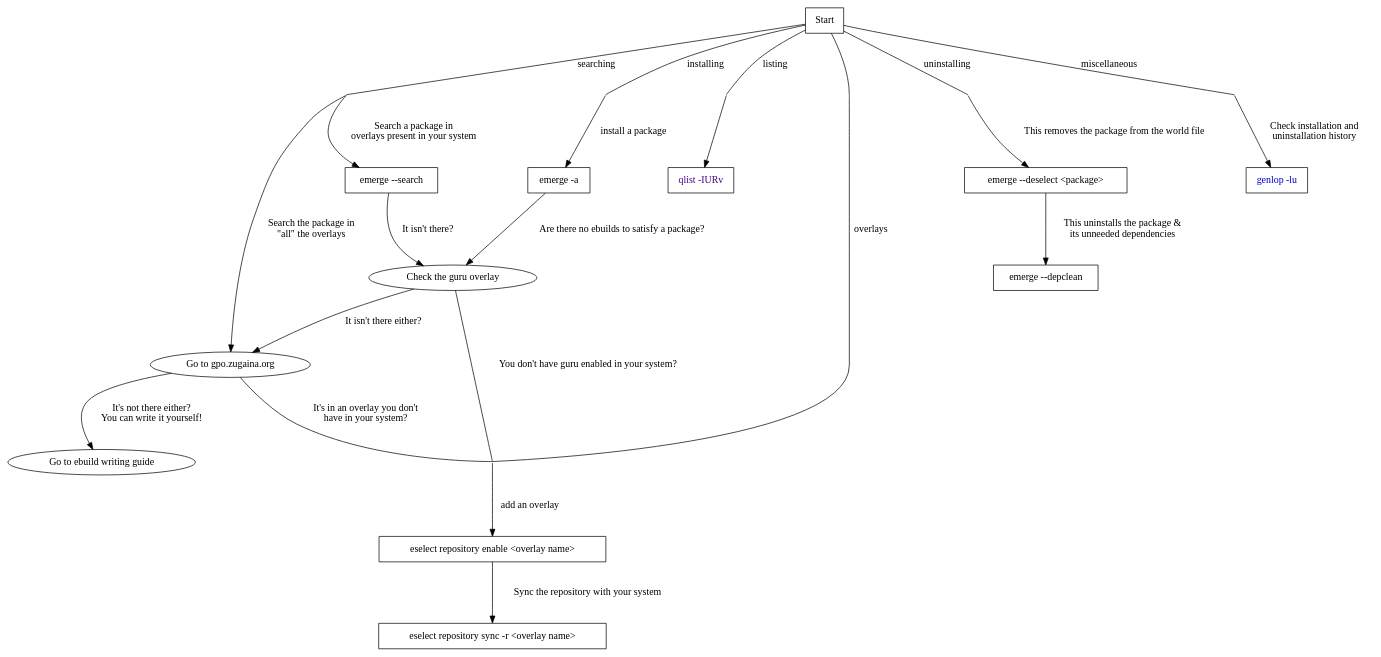
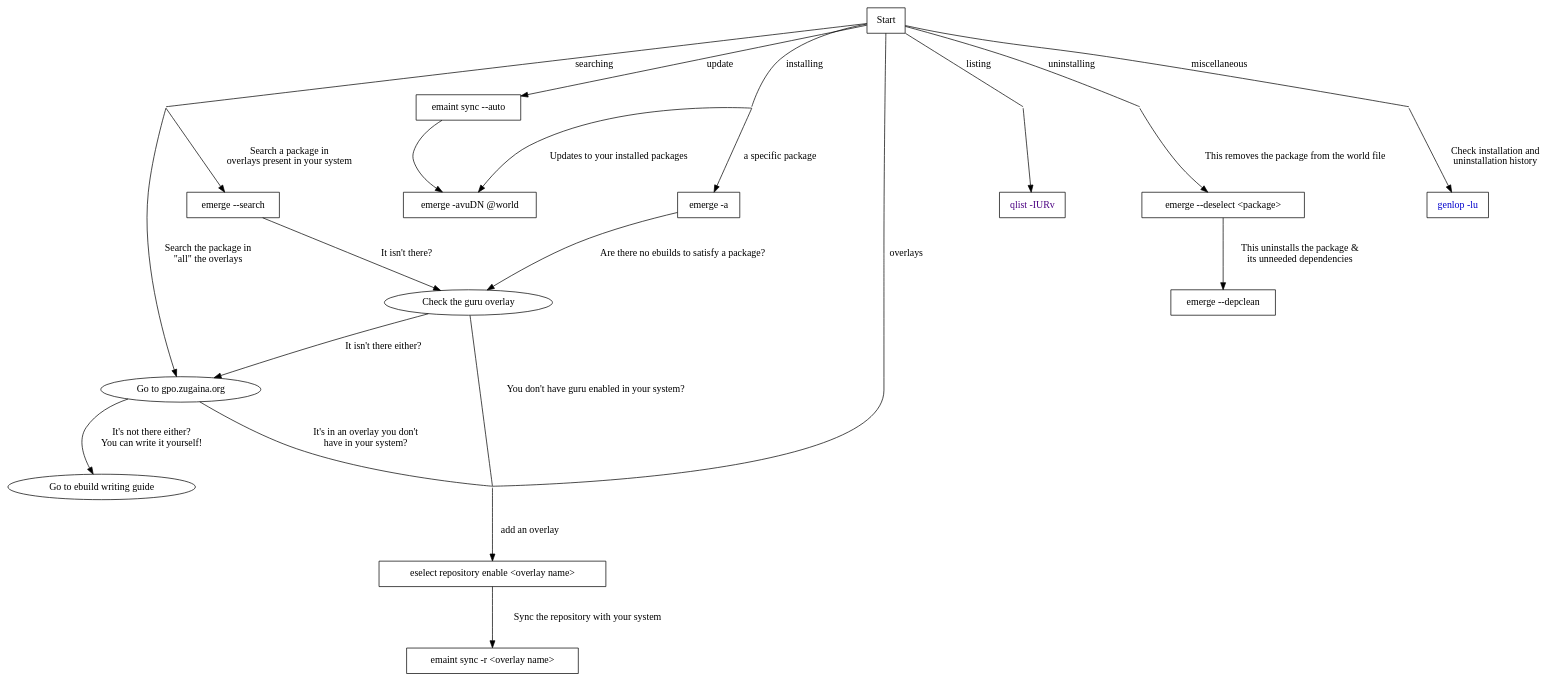
One commit to lima-limon-inc/gentoo-tools-cheat-sheet changed the diagram in cheat-sheet.gv. Above: the diagram before and after it, drawn with Graphviz. The commit also changed 3 other files, not shown here.

```diff
--- a/cheat-sheet.gv
+++ b/cheat-sheet.gv
@@ -1,81 +1,87 @@
 digraph cheat_sheet {
   // node define
   node [
   shape = box
   ];
 
   graph [
   layout = dot,
   nodesep = 1.5,
   ranksep = 1.0,
   normalize = false,
   root=start
   ];
 
   edge [
     style = solid,
     fontsize = 14,
     labeldistance = 2.5,
     labelangle = 70
   ];
 
 
   start [label="Start"]
   emergeAsk [label="emerge -a"]
+  emergeUpdate [label="emerge -avuDN @world"]
   emergeSearch [label="emerge --search"]
   gpoZugaina [label="Go to gpo.zugaina.org", shape=ellipse, URL="https://graphviz.org/docs/nodes/"]
   eselectRepo [label="eselect repository enable <overlay name>"]
-  emaintSync [label="eselect repository sync -r <overlay name>"]
+  emaintSync [label="emaint sync -r <overlay name>"]
+  emaintSyncAll [label="emaint sync --auto"]
   ebuildWriting [label="Go to ebuild writing guide", shape=ellipse URL="https://devmanual.gentoo.org/ebuild-writing/index.html"]
   qlist [label="qlist -IURv", fontcolor=indigo]
   emergeDeselect [label="emerge --deselect <package>"]
   emergeDepclean [label="emerge --depclean"]
   guru [label="Check the guru overlay", shape=ellipse, URL="https://gitweb.gentoo.org/repo/proj/guru.git/tree/"]
   genlop [label="genlop -lu", fontcolor=blue3]
 
 
   // Nodes used for demarking options
   joint1 [shape="none", label="", width=0, height=0]
   joint2 [shape="none", label="", width=0, height=0]
   joint3 [shape="none", label="", width=0, height=0]
   joint4 [shape="none", label="", width=0, height=0]
   joint5 [shape="none", label="", width=0, height=0]
   joint6 [shape="none", label="", width=0, height=0]
   joint7 [shape="none", label="", width=0, height=0]
   joint8 [shape="none", label="", width=0, height=0]
   joint9 [shape="none", label="", width=0, height=0]
   joint10 [shape="none", label="", width=0, height=0]
   joint11 [shape="none", label="", width=0, height=0]
 
 
 
   start -> joint3 [dir=none, label="installing"]
-  joint3 -> emergeAsk [label="install a package"]
+  joint3 -> emergeAsk [label="a specific package"]
+  joint3 -> emergeUpdate [label="Updates to your installed packages"]
   emergeAsk -> guru [label="Are there no ebuilds to satisfy a package?"]
 
   start -> joint2 [label="searching", dir=none]
   joint2 -> emergeSearch [label="Search a package in \n overlays present in your system"]
   joint2 -> gpoZugaina [label="Search the package in \n \"all\" the overlays"]
   guru -> joint5 [label="You don't have guru enabled in your system?", dir=none]
   emergeSearch -> guru [label="It isn't there?"]
   guru -> gpoZugaina [label="It isn't there either?"]
   gpoZugaina -> joint5 [label="It's in an overlay you don't \n have in your system?", dir=none]
   eselectRepo -> emaintSync [label="Sync the repository with your system"]
   gpoZugaina -> ebuildWriting [label="It's not there either? \n You can write it yourself!"]
 
   start -> joint4[label="listing", dir=none]
   joint4 -> qlist
 
   start -> joint5[label="overlays", dir=none]
   joint5 -> eselectRepo [label="add an overlay"]
 
   start -> joint6[label="uninstalling", dir=none]
   joint6 -> emergeDeselect[label="This removes the package from the world file"]
   emergeDeselect -> emergeDepclean[label="This uninstalls the package & \n its unneeded dependencies"]
 
   start -> joint7 [label="miscellaneous",dir=none]
   joint7 -> genlop [label="Check installation and \n uninstallation history"]
 
+  start -> emaintSyncAll [label="update"]
+  emaintSyncAll -> emergeUpdate
+
 
 
 }
```
